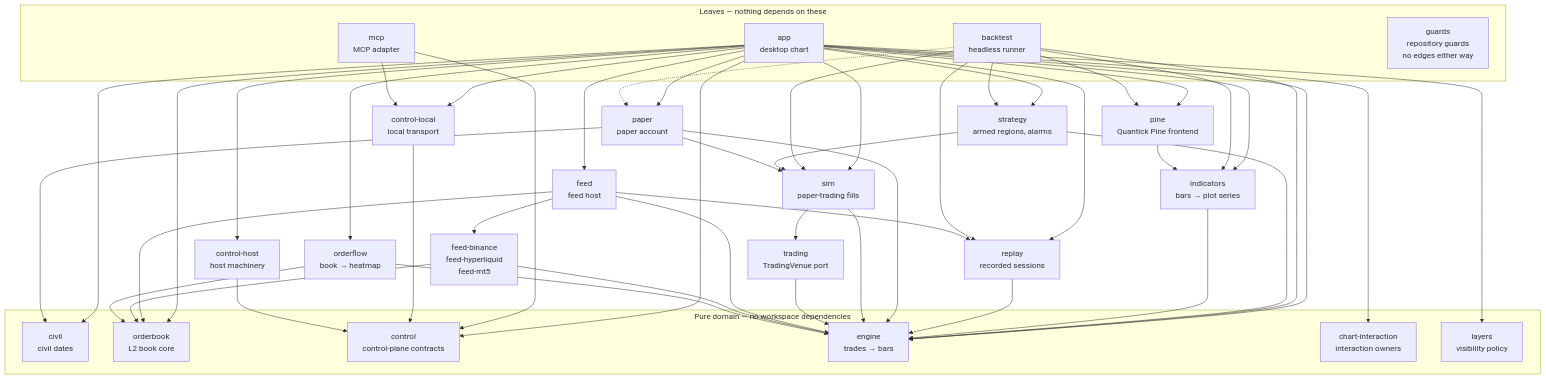
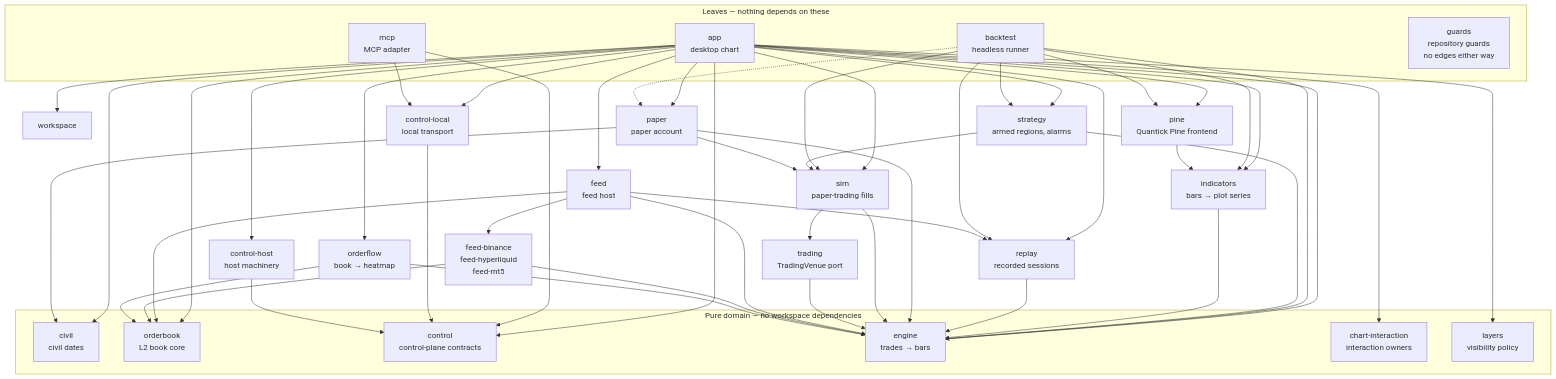
One commit to milocaetano/quantick changed the diagram in AGENTS.md. Above: the diagram before and after it, drawn with Mermaid. The commit also changed other lines of this file and 108 other files, not shown here.

First line of the commit message:
refactor(workspace): own layout and arrangement lifecycle below app

````diff
--- a/AGENTS.md
+++ b/AGENTS.md
@@ -105,66 +104,67 @@
 ```mermaid
 graph TD
   subgraph leaves["Leaves — nothing depends on these"]
     app["app<br/>desktop chart"]
     backtest["backtest<br/>headless runner"]
     mcp["mcp<br/>MCP adapter"]
     guards["guards<br/>repository guards<br/>no edges either way"]
   end
 
+  app --> workspace
   app --> pine
   app --> indicators
   app --> strategy
   app --> sim
   app --> paper
   app --> civil
   app --> replay
   app --> orderbook
   app --> orderflow
   app --> feed
   app --> control
   app --> controllocal
   app --> controlhost
   app --> engine
   app --> chartinteraction
   app --> layers
   backtest --> strategy
   backtest --> pine
   backtest --> indicators
   backtest --> replay
   backtest --> sim
   backtest -.-> paper
   backtest --> engine
   mcp --> controllocal
   mcp --> control
 
   pine["pine<br/>Quantick Pine frontend"] --> indicators
   strategy["strategy<br/>armed regions, alarms"] --> sim
   strategy --> engine
   controllocal["control-local<br/>local transport"] --> control
   controlhost["control-host<br/>host machinery"] --> control
   indicators["indicators<br/>bars → plot series"] --> engine
   replay["replay<br/>recorded sessions"] --> engine
   paper["paper<br/>paper account"] --> sim
   paper --> engine
   paper --> civil
   sim["sim<br/>paper-trading fills"] --> trading
   sim --> engine
   trading["trading<br/>TradingVenue port"] --> engine
   feed["feed<br/>feed host"] --> feeds
   feed --> replay
   feed --> orderbook
   feed --> engine
   feeds["feed-binance<br/>feed-hyperliquid<br/>feed-mt5"] --> engine
   feeds --> orderbook
   orderflow["orderflow<br/>book → heatmap"] --> engine
   orderflow --> orderbook
 
   subgraph pure["Pure domain — no workspace dependencies"]
     chartinteraction["chart-interaction<br/>interaction owners"]
     layers["layers<br/>visibility policy"]
     engine["engine<br/>trades → bars"]
     orderbook["orderbook<br/>L2 book core"]
     control["control<br/>control-plane contracts"]
     civil["civil<br/>civil dates"]
   end
 ```
````
